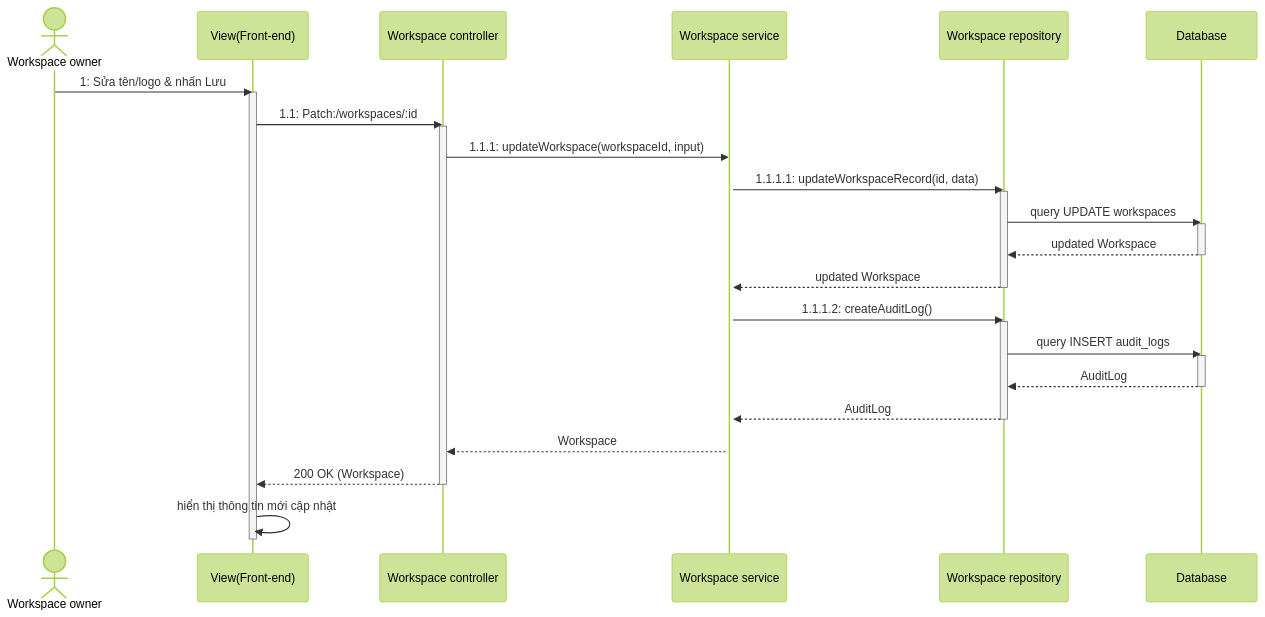
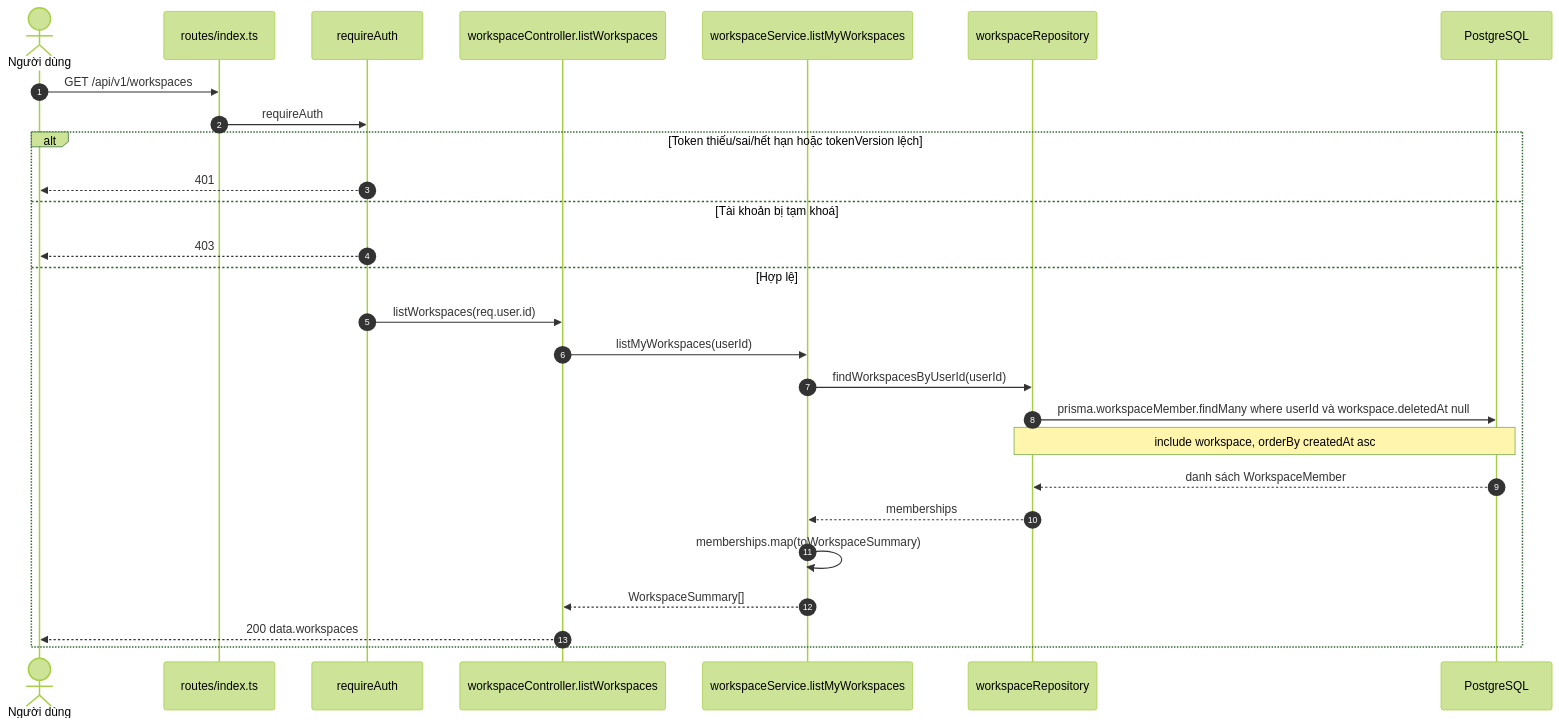
Diagram 11 of 36 in docs/function_layer_mapping.md (Pham-Hong-Ky/marka-capstone), drawn with Mermaid (forest theme) before and after one commit. The commit also changed other lines of this file and 64 other files, not shown here.

````diff
--- a/docs/function_layer_mapping.md
+++ b/docs/function_layer_mapping.md
@@ -371,40 +649,30 @@
 ```mermaid
 sequenceDiagram
-    actor User as Workspace owner
-    participant View as View(Front-end)
-    participant Controller as Workspace controller
-    participant Service as Workspace service
-    participant Repository as Workspace repository
-    participant DB as Database
+    autonumber
+    actor U as Người dùng
+    participant RT as routes/index.ts
+    participant MW as requireAuth
+    participant C as workspaceController.listWorkspaces
+    participant S as workspaceService.listMyWorkspaces
+    participant R as workspaceRepository
+    participant DB as PostgreSQL
 
-    User->>View: 1: Sửa tên/logo & nhấn Lưu
-    activate View
-    View->>Controller: 1.1: Patch:/workspaces/:id
-    activate Controller
-    Controller->>Service: 1.1.1: updateWorkspace(workspaceId, input)
-    activate Service
-
-    Service->>Repository: 1.1.1.1: updateWorkspaceRecord(id, data)
-    activate Repository
-    Repository->>DB: query UPDATE workspaces
-    activate DB
-    DB-->>Repository: updated Workspace
-    deactivate DB
-    Repository-->>Service: updated Workspace
-    deactivate Repository
-
-    Service->>Repository: 1.1.1.2: createAuditLog()
-    activate Repository
-    Repository->>DB: query INSERT audit_logs
-    activate DB
-    DB-->>Repository: AuditLog
-    deactivate DB
-    Repository-->>Service: AuditLog
-    deactivate Repository
-
-    Service-->>Controller: Workspace
-    Controller-->>View: 200 OK (Workspace)
-    deactivate Controller
-    View->>View: hiển thị thông tin mới cập nhật
-    deactivate View
+    U->>RT: GET /api/v1/workspaces
+    RT->>MW: requireAuth
+    alt Token thiếu/sai/hết hạn hoặc tokenVersion lệch
+        MW-->>U: 401
+    else Tài khoản bị tạm khoá
+        MW-->>U: 403
+    else Hợp lệ
+        MW->>C: listWorkspaces(req.user.id)
+        C->>S: listMyWorkspaces(userId)
+        S->>R: findWorkspacesByUserId(userId)
+        R->>DB: prisma.workspaceMember.findMany where userId và workspace.deletedAt null
+        Note over R,DB: include workspace, orderBy createdAt asc
+        DB-->>R: danh sách WorkspaceMember
+        R-->>S: memberships
+        S->>S: memberships.map(toWorkspaceSummary)
+        S-->>C: WorkspaceSummary[]
+        C-->>U: 200 data.workspaces
+    end
 ```
````
